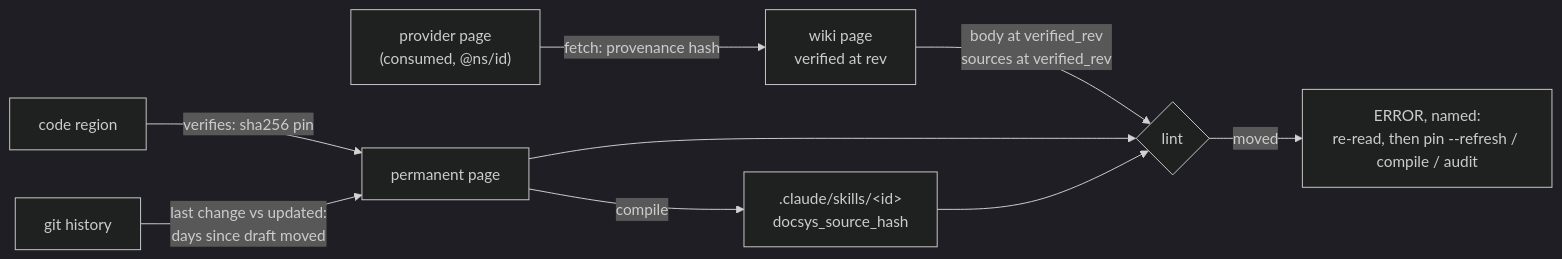
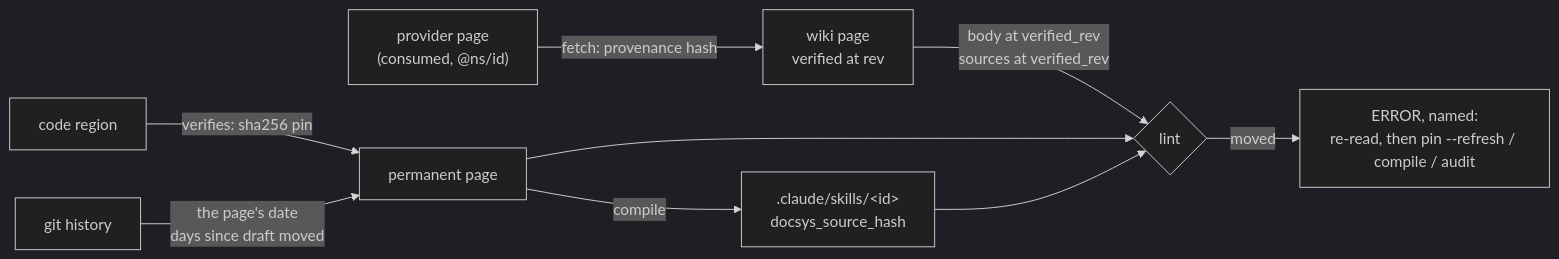
Before and after one commit to FatihErtugral/docsys: the sixth of 7 diagrams in README.md, drawn with Mermaid (dark theme). The commit also changed other lines of this file and 57 other files, not shown here.

Commit message:
a page's date is history's: nothing writes updated:, a page that keeps it is reported, and upgrade removes the lines (D-122)

````diff
--- a/README.md
+++ b/README.md
@@ -250,11 +250,11 @@
 ```mermaid
 flowchart LR
     CODE["code region"] -- "verifies: sha256 pin" --> PAGE["permanent page"]
     PAGE -- "compile" --> SKILL[".claude/skills/&lt;id&gt;<br/>docsys_source_hash"]
-    HIST["git history"] -- "last change vs updated:<br/>days since draft moved" --> PAGE
+    HIST["git history"] -- "the page's date<br/>days since draft moved" --> PAGE
     PROV["provider page<br/>(consumed, @ns/id)"] -- "fetch: provenance hash" --> WIKI["wiki page<br/>verified at rev"]
     WIKI -- "body at verified_rev<br/>sources at verified_rev" --> LINT{lint}
     PAGE --> LINT
     SKILL --> LINT
     LINT -- "moved" --> ERR["ERROR, named:<br/>re-read, then pin --refresh / compile / audit"]
 ```
````
